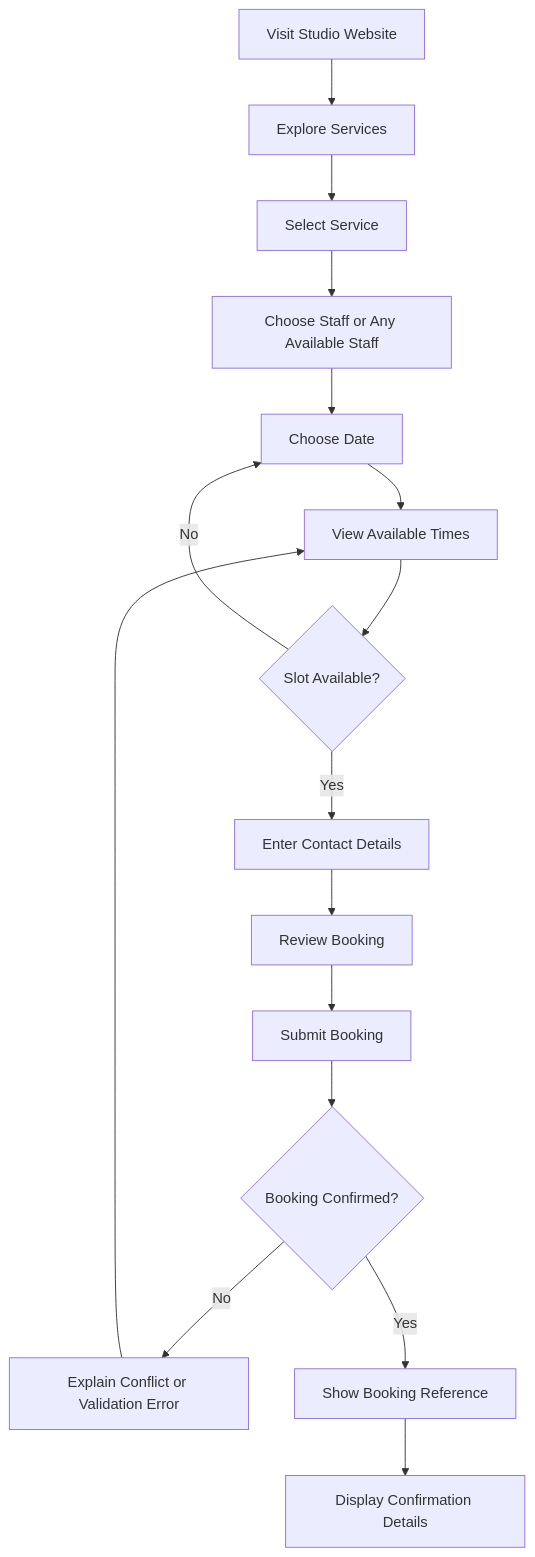
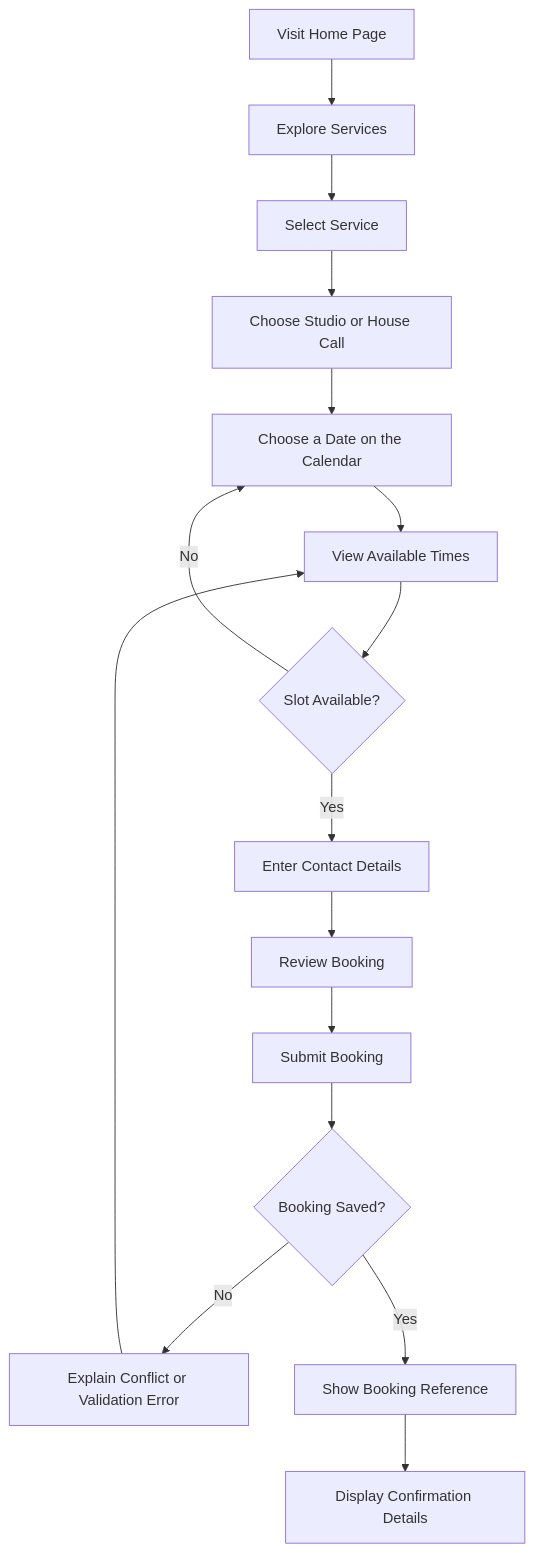
Before and after one commit to Ndet0/nail-booking: the diagram in docs/PRODUCT_ARCHITECTURE.md, drawn with Mermaid. The commit also changed other lines of this file and 30 other files, not shown here.

````diff
--- a/docs/PRODUCT_ARCHITECTURE.md
+++ b/docs/PRODUCT_ARCHITECTURE.md
@@ -112,18 +112,18 @@
 ```mermaid
 flowchart TD
-    A[Visit Studio Website] --> B[Explore Services]
+    A[Visit Home Page] --> B[Explore Services]
     B --> C[Select Service]
-    C --> D[Choose Staff or Any Available Staff]
-    D --> E[Choose Date]
+    C --> D[Choose Studio or House Call]
+    D --> E[Choose a Date on the Calendar]
     E --> F[View Available Times]
     F --> G{Slot Available?}
     G -- No --> E
     G -- Yes --> H[Enter Contact Details]
     H --> I[Review Booking]
     I --> J[Submit Booking]
-    J --> K{Booking Confirmed?}
+    J --> K{Booking Saved?}
     K -- No --> L[Explain Conflict or Validation Error]
     L --> F
     K -- Yes --> M[Show Booking Reference]
     M --> N[Display Confirmation Details]
 ```
````
